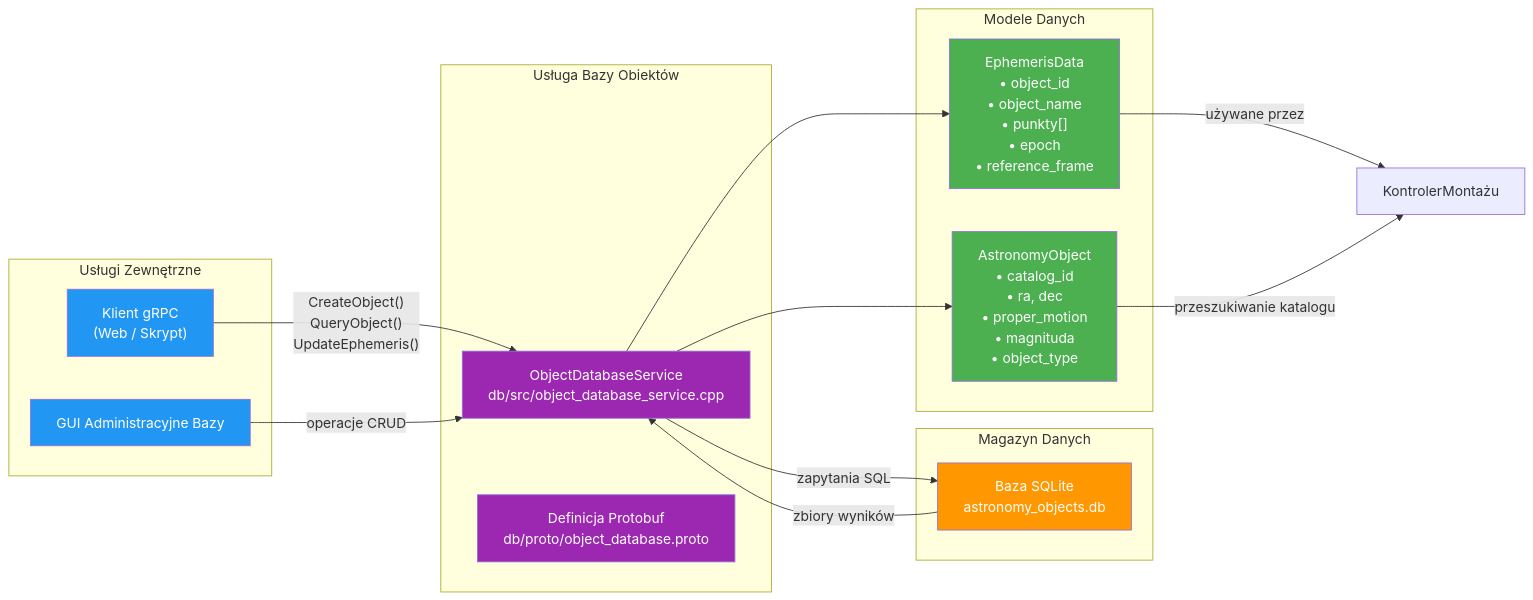
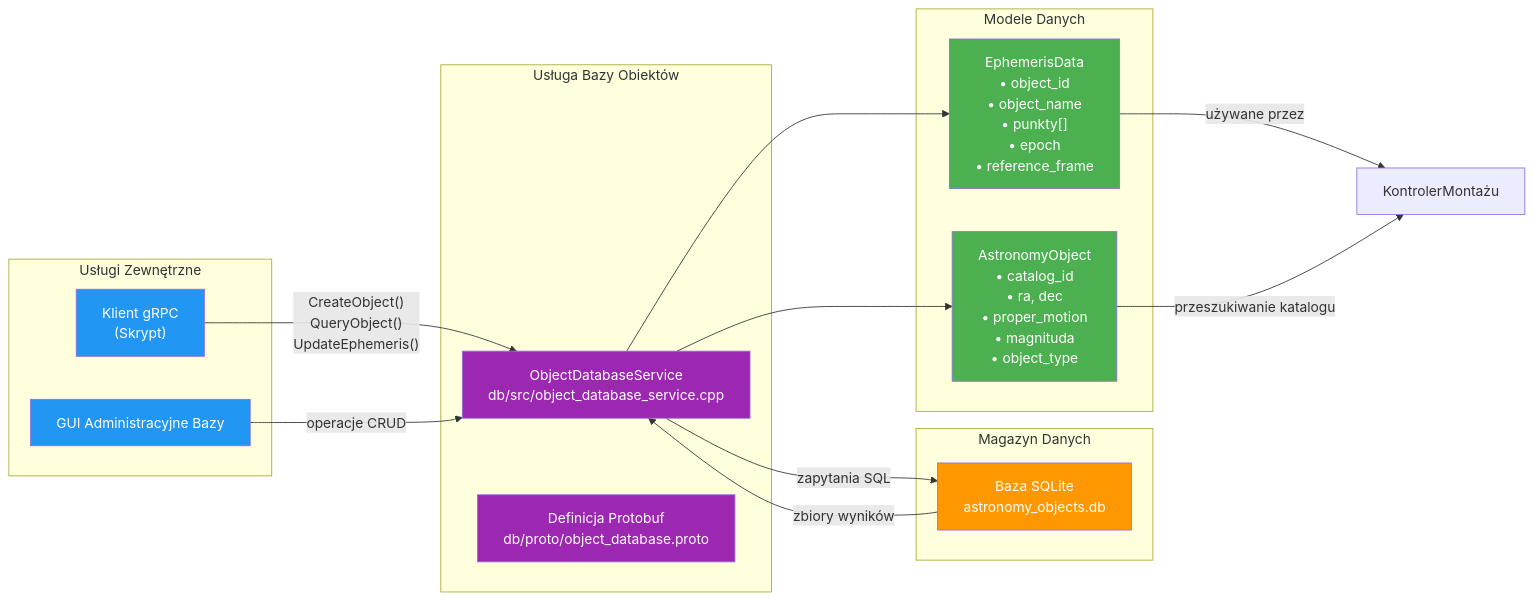
The tenth of 12 diagrams in docs/pl/przeplyw_danych.md (pielaszkiewicz-jacek/astro_mount_control), drawn with Mermaid before and after one commit. The commit also changed 32 other files, not shown here.

````diff
--- a/docs/pl/przeplyw_danych.md
+++ b/docs/pl/przeplyw_danych.md
@@ -532,41 +532,41 @@
 ```mermaid
 flowchart LR
     subgraph Services["Usługi Zewnętrzne"]
-        GRPC_CLIENT["Klient gRPC<br/>(Web / Skrypt)"]
+        GRPC_CLIENT["Klient gRPC<br/>(Skrypt)"]
         DB_GUI["GUI Administracyjne Bazy"]
     end
     
     subgraph DBService["Usługa Bazy Obiektów"]
         ODS["ObjectDatabaseService<br/>db/src/object_database_service.cpp"]
         PROTO["Definicja Protobuf<br/>db/proto/object_database.proto"]
     end
     
     subgraph Storage["Magazyn Danych"]
         SQLITE["Baza SQLite<br/>astronomy_objects.db"]
     end
     
     subgraph DataModels["Modele Danych"]
         EPHEMERIS["EphemerisData<br/>• object_id<br/>• object_name<br/>• punkty[]<br/>• epoch<br/>• reference_frame"]
         OBJECTS["AstronomyObject<br/>• catalog_id<br/>• ra, dec<br/>• proper_motion<br/>• magnituda<br/>• object_type"]
     end
     
     GRPC_CLIENT -->|"CreateObject()<br/>QueryObject()<br/>UpdateEphemeris()"| ODS
     DB_GUI -->|"operacje CRUD"| ODS
     
     ODS -->|"zapytania SQL"| SQLITE
     SQLITE -->|"zbiory wyników"| ODS
     
     ODS --> EPHEMERIS
     ODS --> OBJECTS
     
     EPHEMERIS -->|"używane przez"| KontrolerMontażu
     OBJECTS -->|"przeszukiwanie katalogu"| KontrolerMontażu
     
     style GRPC_CLIENT fill:#2196F3,color:#fff
     style DB_GUI fill:#2196F3,color:#fff
     style ODS fill:#9C27B0,color:#fff
     style PROTO fill:#9C27B0,color:#fff
     style SQLITE fill:#FF9800,color:#fff
     style EPHEMERIS fill:#4CAF50,color:#fff
     style OBJECTS fill:#4CAF50,color:#fff
 ```
````
